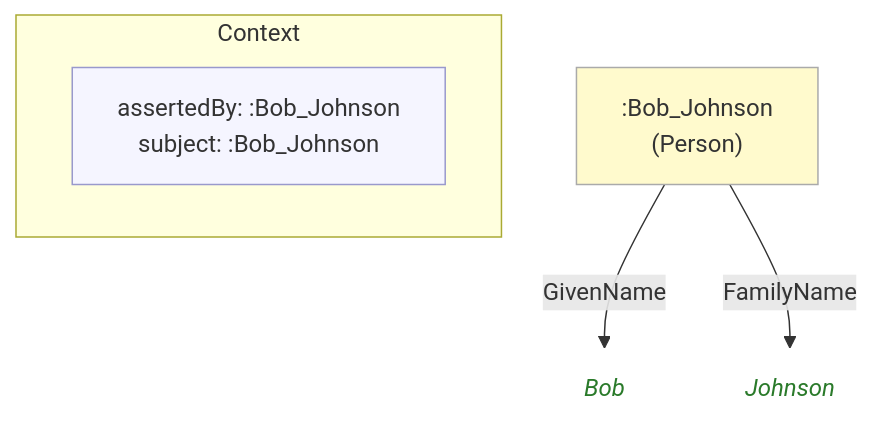
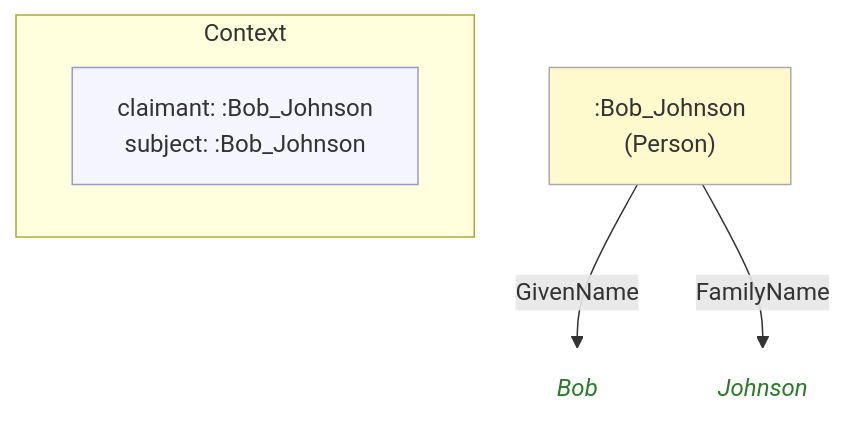
The diagram in example/contexts/images/bob-johnson.bob-johnson(boston-hub-society)(affiliations)(03).mmd (MeeFoundation/mia-ontologies), drawn with Mermaid before and after one commit. The commit also changed 109 other files, not shown here.

First line of the commit message:
Rename context:assertedBy to context:claimant

```diff
--- a/example/contexts/images/bob-johnson.bob-johnson(boston-hub-society)(affiliations)(03).mmd
+++ b/example/contexts/images/bob-johnson.bob-johnson(boston-hub-society)(affiliations)(03).mmd
@@ -1,18 +1,18 @@
 flowchart TD
     classDef person fill:#fffacd,stroke:#aaa,color:#333
     classDef grp    fill:#d4edda,stroke:#aaa,color:#333
     classDef org    fill:#cce5ff,stroke:#aaa,color:#333
     classDef lit    fill:none,stroke:none,font-style:italic,color:#2a7a2a
     classDef meta   fill:#f5f5ff,stroke:#9999cc,color:#333
 
     subgraph ctx["Context"]
         direction LR
-        ctx_meta["assertedBy: :Bob_Johnson\nsubject: :Bob_Johnson"]:::meta
+        ctx_meta["claimant: :Bob_Johnson\nsubject: :Bob_Johnson"]:::meta
     end
 
     n166b15bd501b[":Bob_Johnson\n(Person)"]:::person
-    n19e8d8c9837a("Bob"):::lit
-    n8c124a2ee1d4("Johnson"):::lit
+    n2a3dbf8705c1("Bob"):::lit
+    n25b7e7f749ce("Johnson"):::lit
 
-    n166b15bd501b -->|"GivenName"| n19e8d8c9837a
-    n166b15bd501b -->|"FamilyName"| n8c124a2ee1d4
+    n166b15bd501b -->|"GivenName"| n2a3dbf8705c1
+    n166b15bd501b -->|"FamilyName"| n25b7e7f749ce
```
